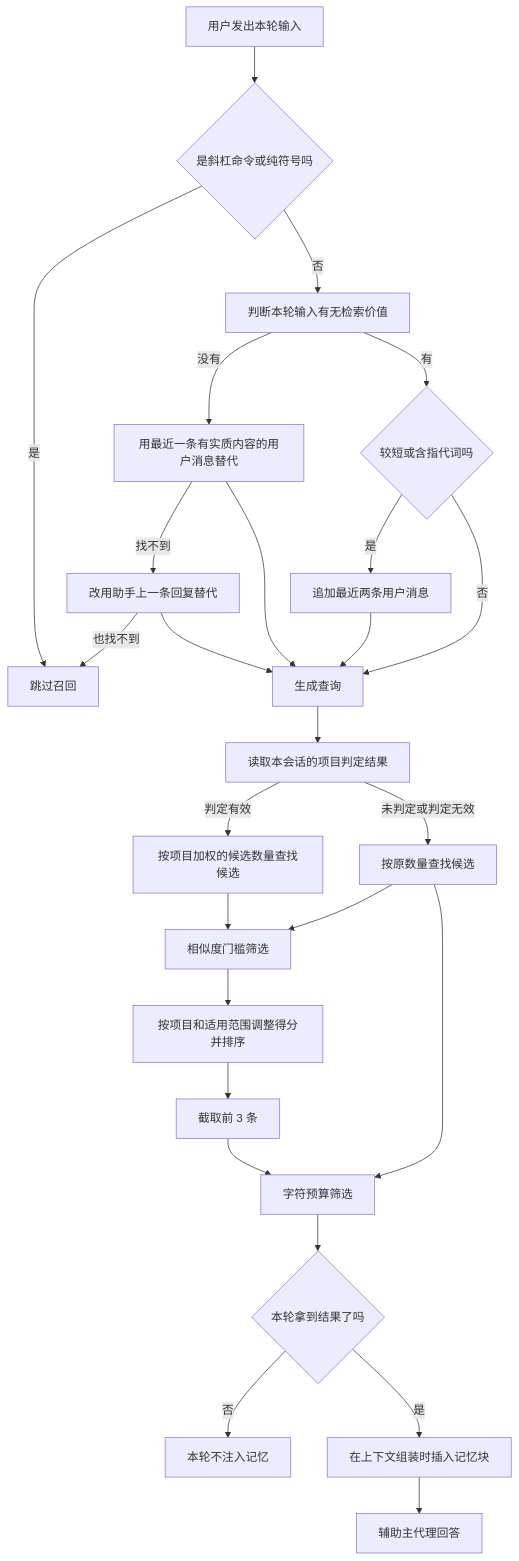
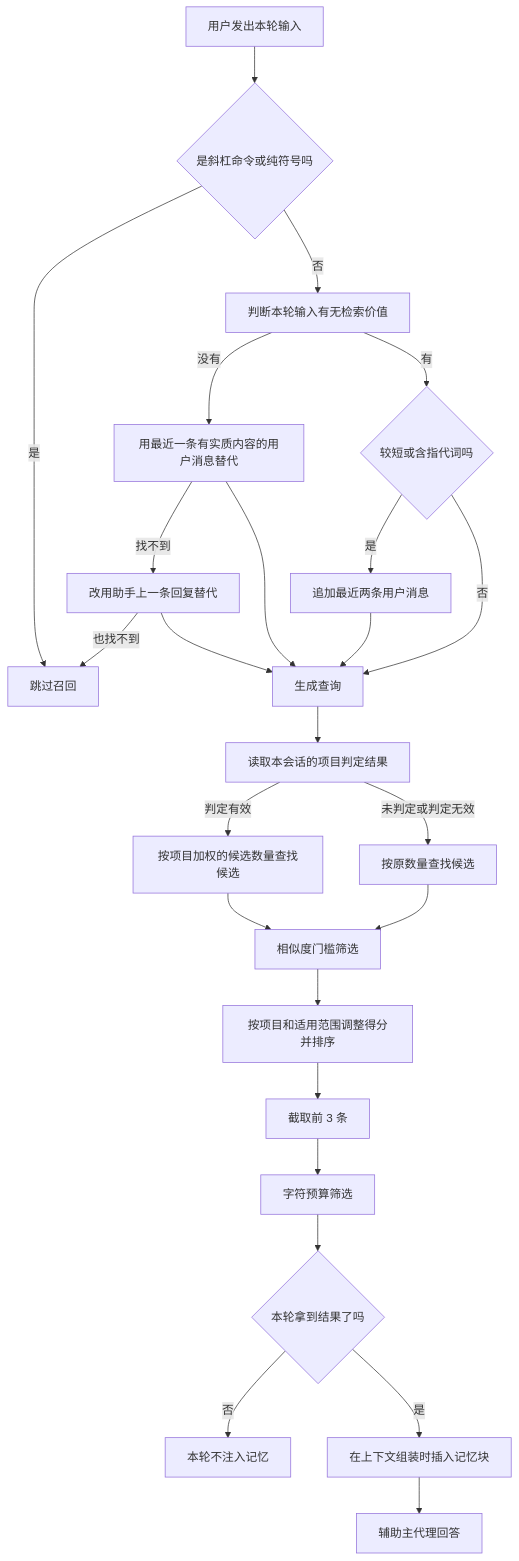
The fourth of 7 diagrams in 记忆系统架构说明.md (yinwenyuan28-afk/pi-memory-system), drawn with Mermaid before and after one commit. The commit also changed other lines of this file, not shown here.

````diff
--- a/记忆系统架构说明.md
+++ b/记忆系统架构说明.md
@@ -279,28 +332,27 @@
 ```mermaid
 flowchart TD
     A[用户发出本轮输入] --> B{是斜杠命令或纯符号吗}
     B -->|是| Z[跳过召回]
     B -->|否| C[判断本轮输入有无检索价值]
     C -->|没有| D[用最近一条有实质内容的用户消息替代]
     D -->|找不到| E[改用助手上一条回复替代]
     E -->|也找不到| Z
     D --> F[生成查询]
     E --> F
     C -->|有| G{较短或含指代词吗}
     G -->|是| H[追加最近两条用户消息]
     G -->|否| F
     H --> F
     F --> I[读取本会话的项目判定结果]
     I -->|判定有效| J[按项目加权的候选数量查找候选]
     I -->|未判定或判定无效| K[按原数量查找候选]
     J --> L[相似度门槛筛选]
     K --> L
     L --> M[按项目和适用范围调整得分并排序]
     M --> N[截取前 3 条]
     N --> O[字符预算筛选]
-    K --> O
     O --> P{本轮拿到结果了吗}
     P -->|否| Q[本轮不注入记忆]
     P -->|是| R[在上下文组装时插入记忆块]
     R --> S[辅助主代理回答]
 ```
````
